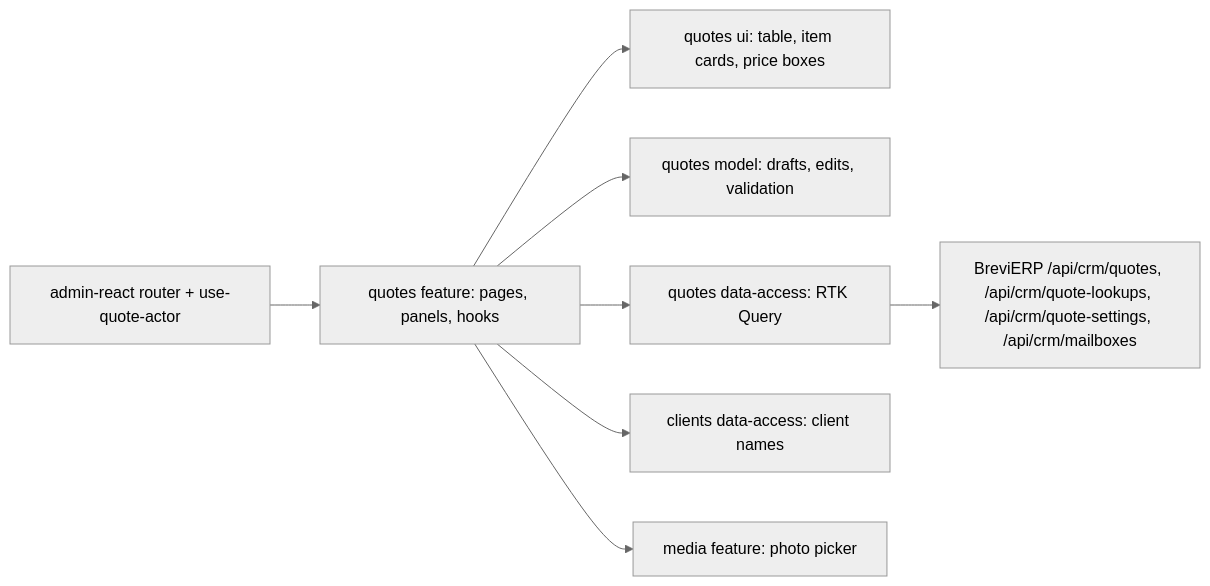
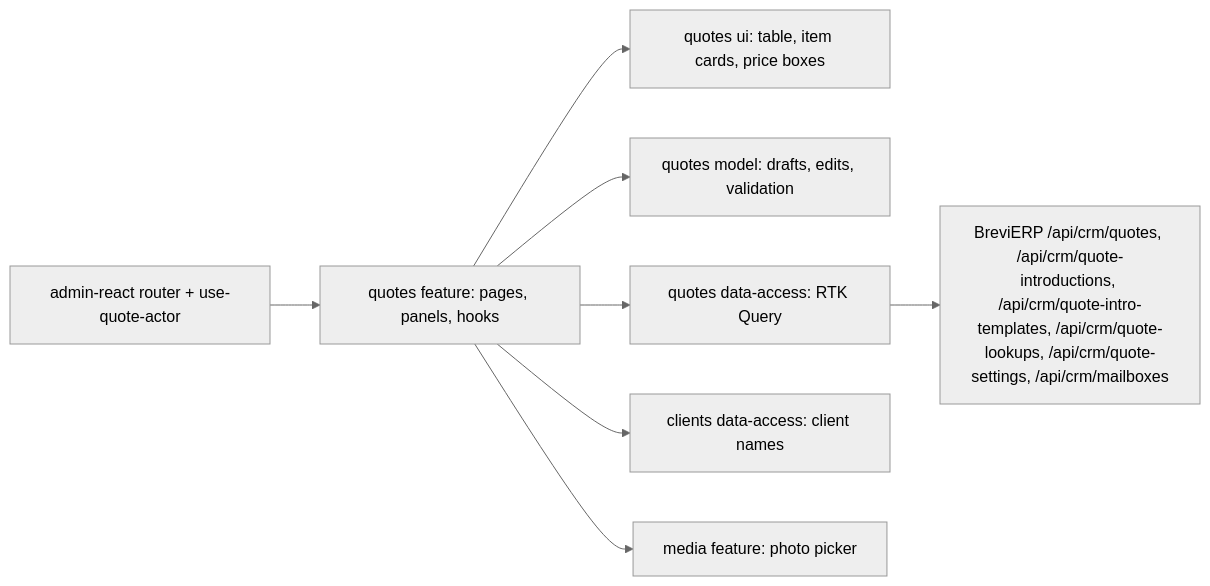
The diagram in docs/features/admin/quotes.md (Weretik/brevi-web), drawn with Mermaid (neutral theme) before and after one commit. The commit also changed other lines of this file and 59 other files, not shown here.

````diff
--- a/docs/features/admin/quotes.md
+++ b/docs/features/admin/quotes.md
@@ -27,10 +29,10 @@
 ```mermaid
 flowchart LR
   App[admin-react router + use-quote-actor] --> Feature[quotes feature: pages, panels, hooks]
   Feature --> UI[quotes ui: table, item cards, price boxes]
   Feature --> Model[quotes model: drafts, edits, validation]
   Feature --> DA[quotes data-access: RTK Query]
   Feature --> Clients[clients data-access: client names]
   Feature --> Media[media feature: photo picker]
-  DA --> Backend[BreviERP /api/crm/quotes, /api/crm/quote-lookups, /api/crm/quote-settings, /api/crm/mailboxes]
+  DA --> Backend[BreviERP /api/crm/quotes, /api/crm/quote-introductions, /api/crm/quote-intro-templates, /api/crm/quote-lookups, /api/crm/quote-settings, /api/crm/mailboxes]
 ```
````
